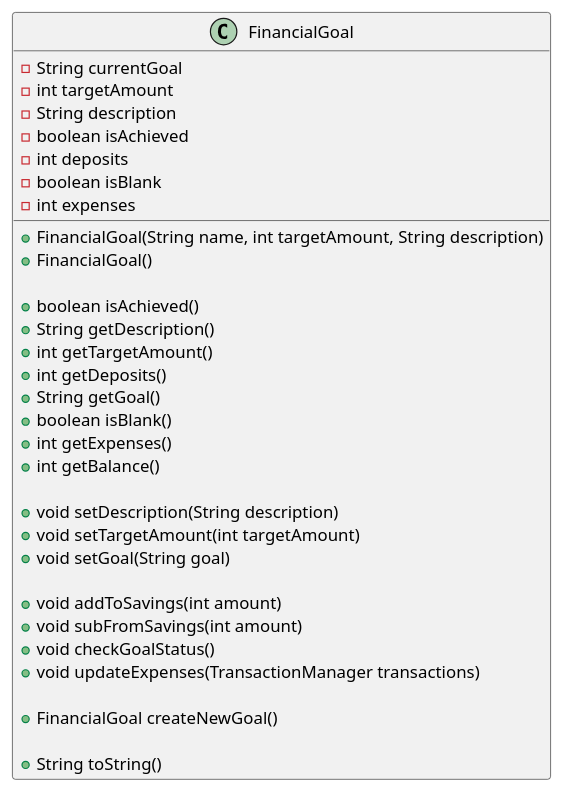
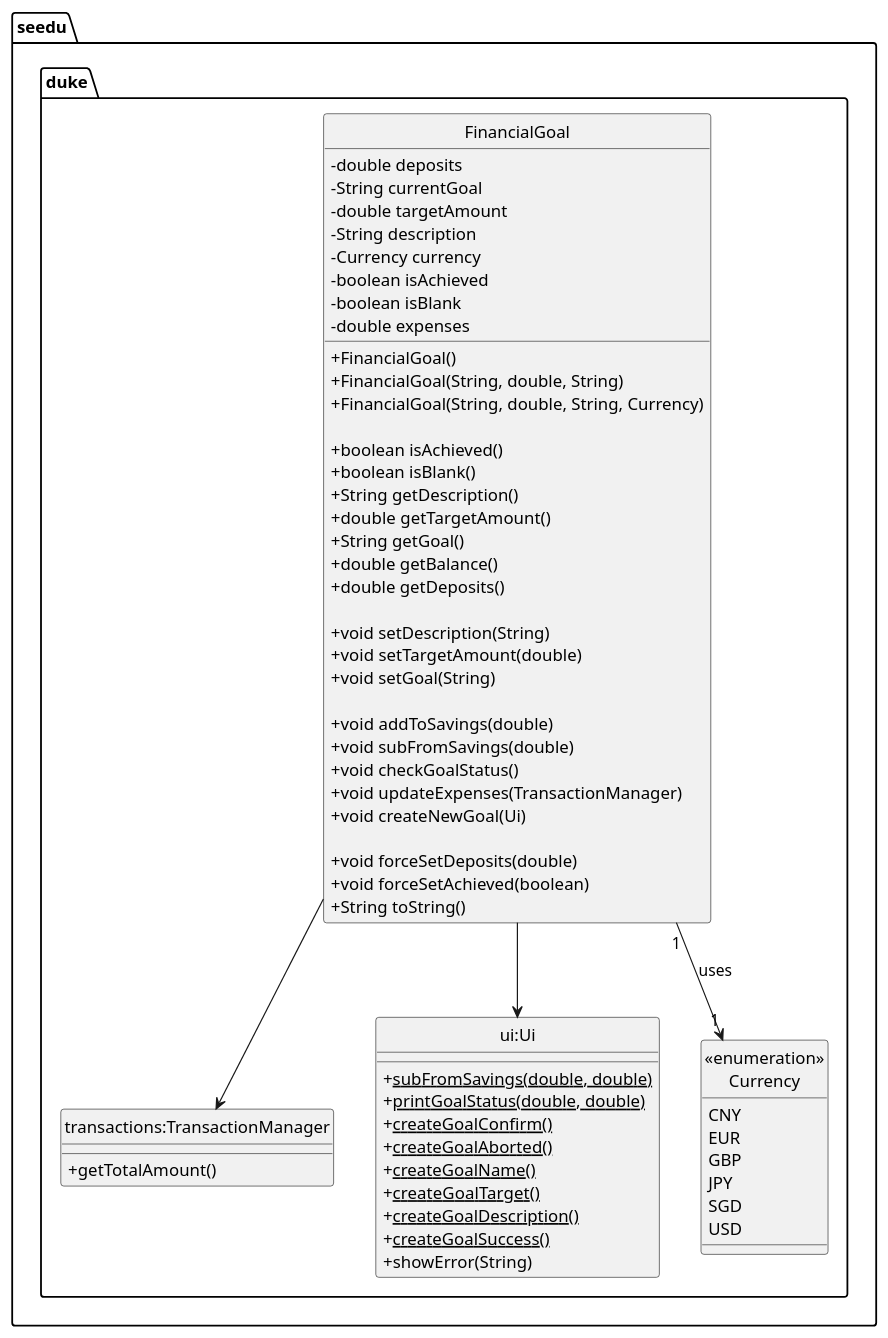
The diagram in docs/UML/classFinancialGoal.puml (HalFentise/tp), drawn with PlantUML before and after one commit. The commit also changed 17 other files, not shown here.

Commit message:
docs: Updated DG and added sequence diagrams

```diff
--- a/docs/UML/classFinancialGoal.puml
+++ b/docs/UML/classFinancialGoal.puml
@@ -1,36 +1,71 @@
 @startuml
+hide circle
+skinparam classAttributeIconSize 0
+
+package "seedu.duke" {
     class FinancialGoal {
+        - double deposits
         - String currentGoal
-        - int targetAmount
+        - double targetAmount
         - String description
+        - Currency currency
         - boolean isAchieved
-        - int deposits
         - boolean isBlank
-        - int expenses
+        - double expenses
 
-        + FinancialGoal(String name, int targetAmount, String description)
         + FinancialGoal()
+        + FinancialGoal(String, double, String)
+        + FinancialGoal(String, double, String, Currency)
 
         + boolean isAchieved()
+        + boolean isBlank()
         + String getDescription()
-        + int getTargetAmount()
-        + int getDeposits()
+        + double getTargetAmount()
         + String getGoal()
-        + boolean isBlank()
-        + int getExpenses()
-        + int getBalance()
+        + double getBalance()
+        + double getDeposits()
 
-        + void setDescription(String description)
-        + void setTargetAmount(int targetAmount)
-        + void setGoal(String goal)
+        + void setDescription(String)
+        + void setTargetAmount(double)
+        + void setGoal(String)
 
-        + void addToSavings(int amount)
-        + void subFromSavings(int amount)
+        + void addToSavings(double)
+        + void subFromSavings(double)
         + void checkGoalStatus()
-        + void updateExpenses(TransactionManager transactions)
+        + void updateExpenses(TransactionManager)
+        + void createNewGoal(Ui)
 
-        + FinancialGoal createNewGoal()
-
+        + void forceSetDeposits(double)
+        + void forceSetAchieved(boolean)
         + String toString()
     }
+
+    class "transactions:TransactionManager" {
+        + getTotalAmount()
+    }
+    class "ui:Ui" {
+        + <u>subFromSavings(double, double)
+        + <u>printGoalStatus(double, double)
+        + <u>createGoalConfirm()
+        + <u>createGoalAborted()
+        + <u>createGoalName()
+        + <u>createGoalTarget()
+        + <u>createGoalDescription()
+        + <u>createGoalSuccess()
+        + showError(String)
+    }
+
+    enum "<<enumeration>>\nCurrency" {
+        CNY
+        EUR
+        GBP
+        JPY
+        SGD
+        USD
+    }
+
+    FinancialGoal "1" --> "1" "<<enumeration>>\nCurrency" : uses
+    FinancialGoal --> "transactions:TransactionManager"
+    FinancialGoal --> "ui:Ui"
+}
 @enduml
```
